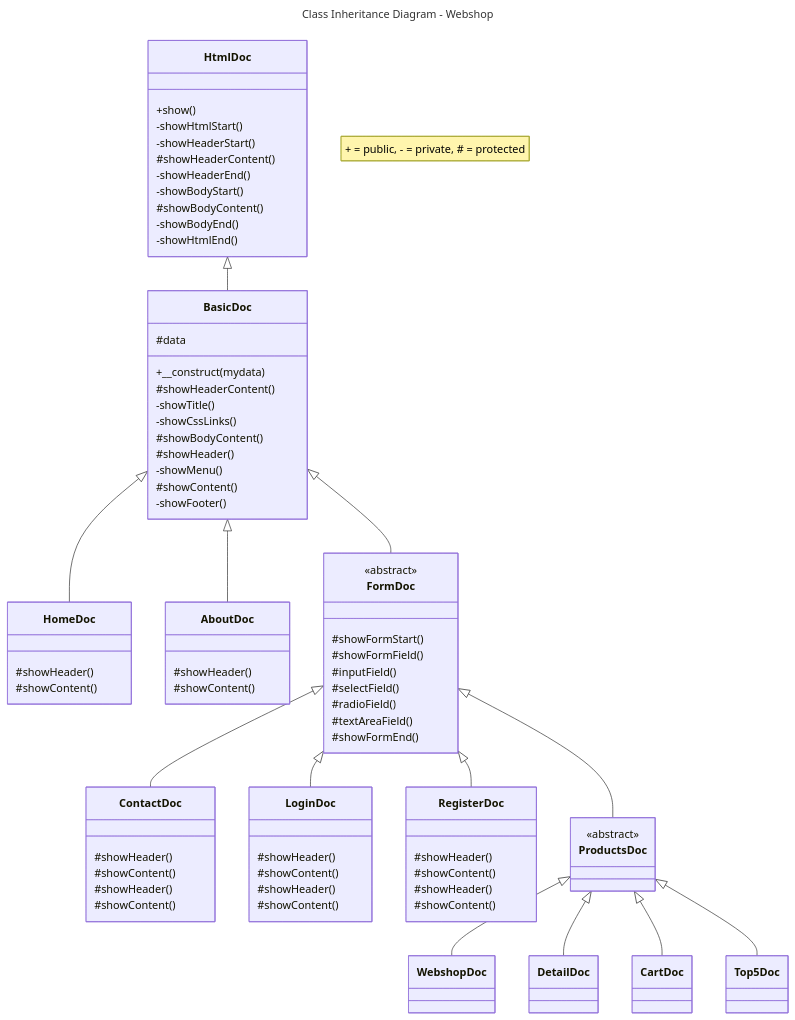
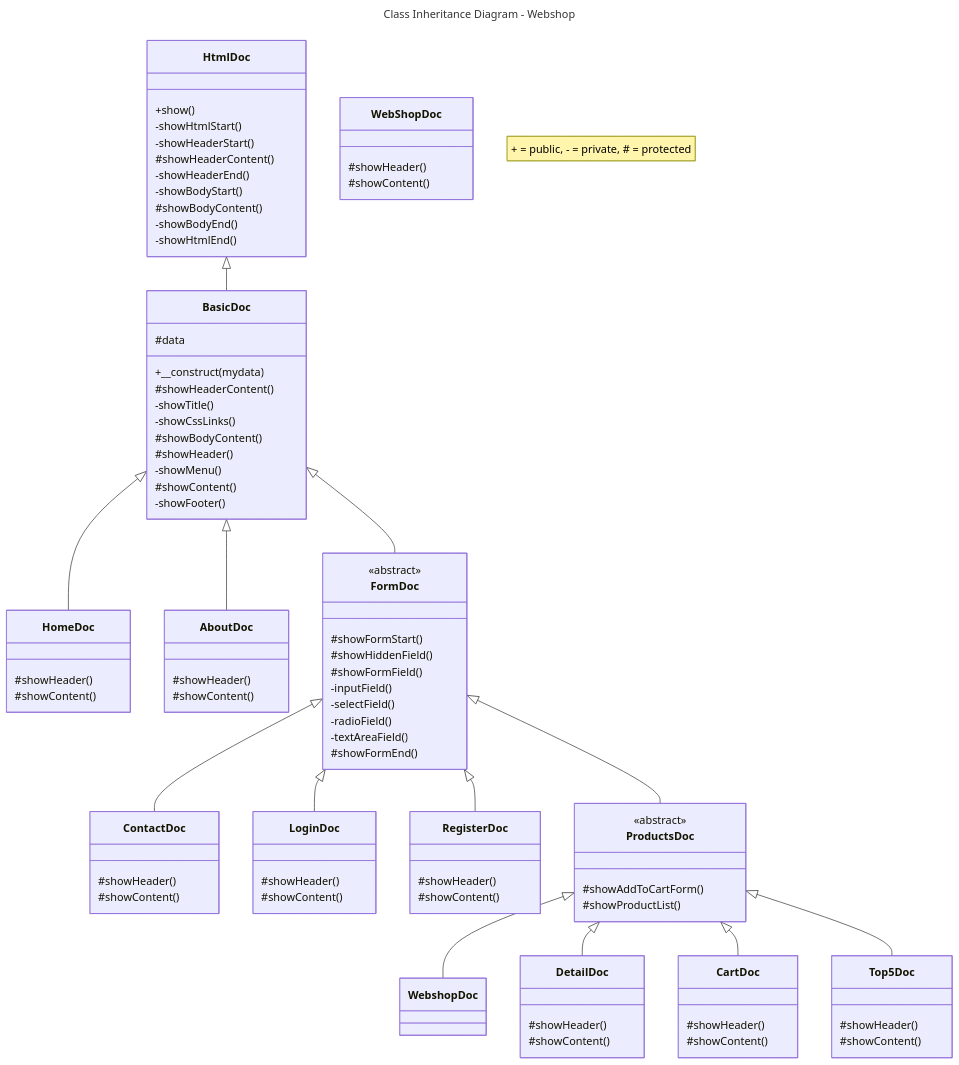
Before and after one commit to JeroenHeemskerk/educom-webshop-oop-1706014138: the diagram in Diagrams/class-inheritance-diagram-webshop.md, drawn with Mermaid.

```diff
--- a/Diagrams/class-inheritance-diagram-webshop.md
+++ b/Diagrams/class-inheritance-diagram-webshop.md
@@ -55,11 +55,12 @@
     class FormDoc{
         <<abstract>>
         #showFormStart()
+        #showHiddenField()
         #showFormField()
-        #inputField()
-        #selectField()
-        #radioField()
-        #textAreaField()
+        -inputField()
+        -selectField()
+        -radioField()
+        -textAreaField()
         #showFormEnd()
     }
     class ContactDoc{
@@ -77,16 +78,22 @@
 
     class ProductsDoc{
         <<abstract>>
+        #showAddToCartForm()
+        #showProductList()
     }
-    class ContactDoc{
+    class WebShopDoc{
         #showHeader()
         #showContent()
     }
-    class LoginDoc{
+    class DetailDoc{
         #showHeader()
         #showContent()
     }
-    class RegisterDoc{
+    class CartDoc{
+        #showHeader()
+        #showContent()
+    }
+    class Top5Doc{
         #showHeader()
         #showContent()
     }
```
